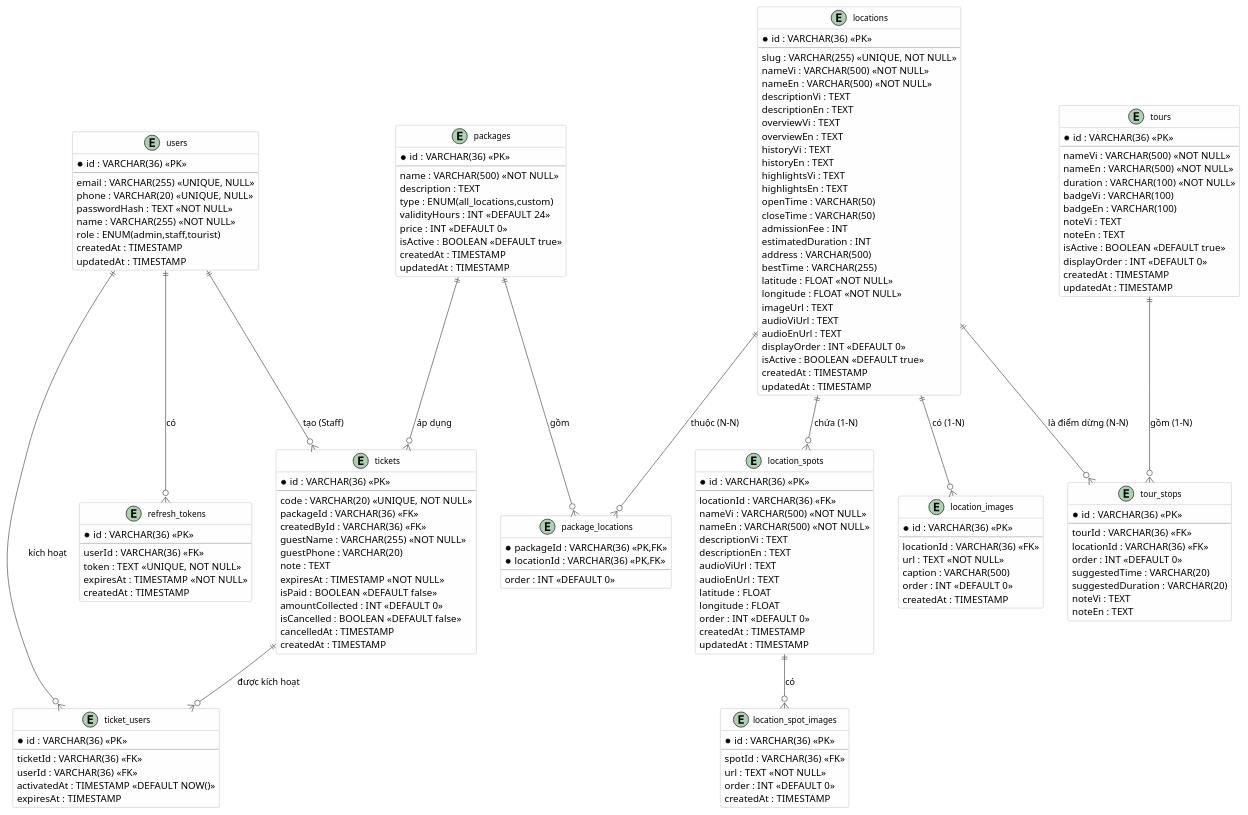
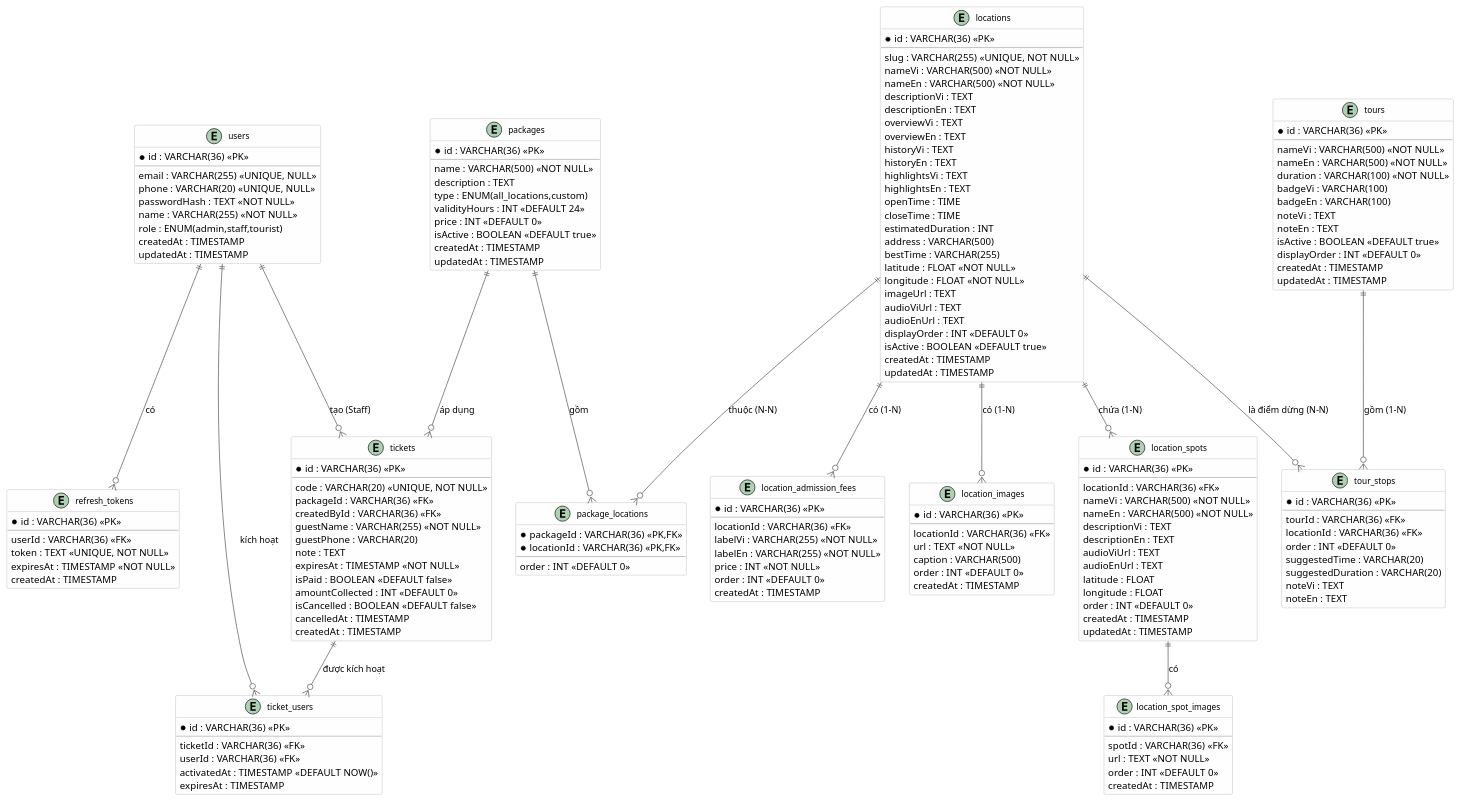
One commit to TungNguyen2k3/ninh_binh_guide changed the fifth of 5 diagrams in docs/CHUONG_2_THIET_KE.md. Above: the diagram before and after it, drawn with PlantUML. The commit also changed other lines of this file and 18 other files, not shown here.

First line of the commit message:
feat: admission fees table, TIME type for hours, audio gate by ticket

```diff
--- a/docs/CHUONG_2_THIET_KE.md
+++ b/docs/CHUONG_2_THIET_KE.md
@@ -615,9 +615,8 @@
   historyEn : TEXT
   highlightsVi : TEXT
   highlightsEn : TEXT
-  openTime : VARCHAR(50)
-  closeTime : VARCHAR(50)
-  admissionFee : INT
+  openTime : TIME
+  closeTime : TIME
   estimatedDuration : INT
   address : VARCHAR(500)
   bestTime : VARCHAR(255)
@@ -630,6 +629,17 @@
   isActive : BOOLEAN <<DEFAULT true>>
   createdAt : TIMESTAMP
   updatedAt : TIMESTAMP
+}
+
+entity location_admission_fees {
+  * id : VARCHAR(36) <<PK>>
+  --
+  locationId : VARCHAR(36) <<FK>>
+  labelVi : VARCHAR(255) <<NOT NULL>>
+  labelEn : VARCHAR(255) <<NOT NULL>>
+  price : INT <<NOT NULL>>
+  order : INT <<DEFAULT 0>>
+  createdAt : TIMESTAMP
 }
 
 entity location_images {
@@ -747,6 +757,7 @@
 users ||--o{ tickets : "tạo (Staff)"
 users ||--o{ ticket_users : "kích hoạt"
 
+locations ||--o{ location_admission_fees : "có (1-N)"
 locations ||--o{ location_images : "có (1-N)"
 locations ||--o{ location_spots : "chứa (1-N)"
 locations ||--o{ package_locations : "thuộc (N-N)"
```
